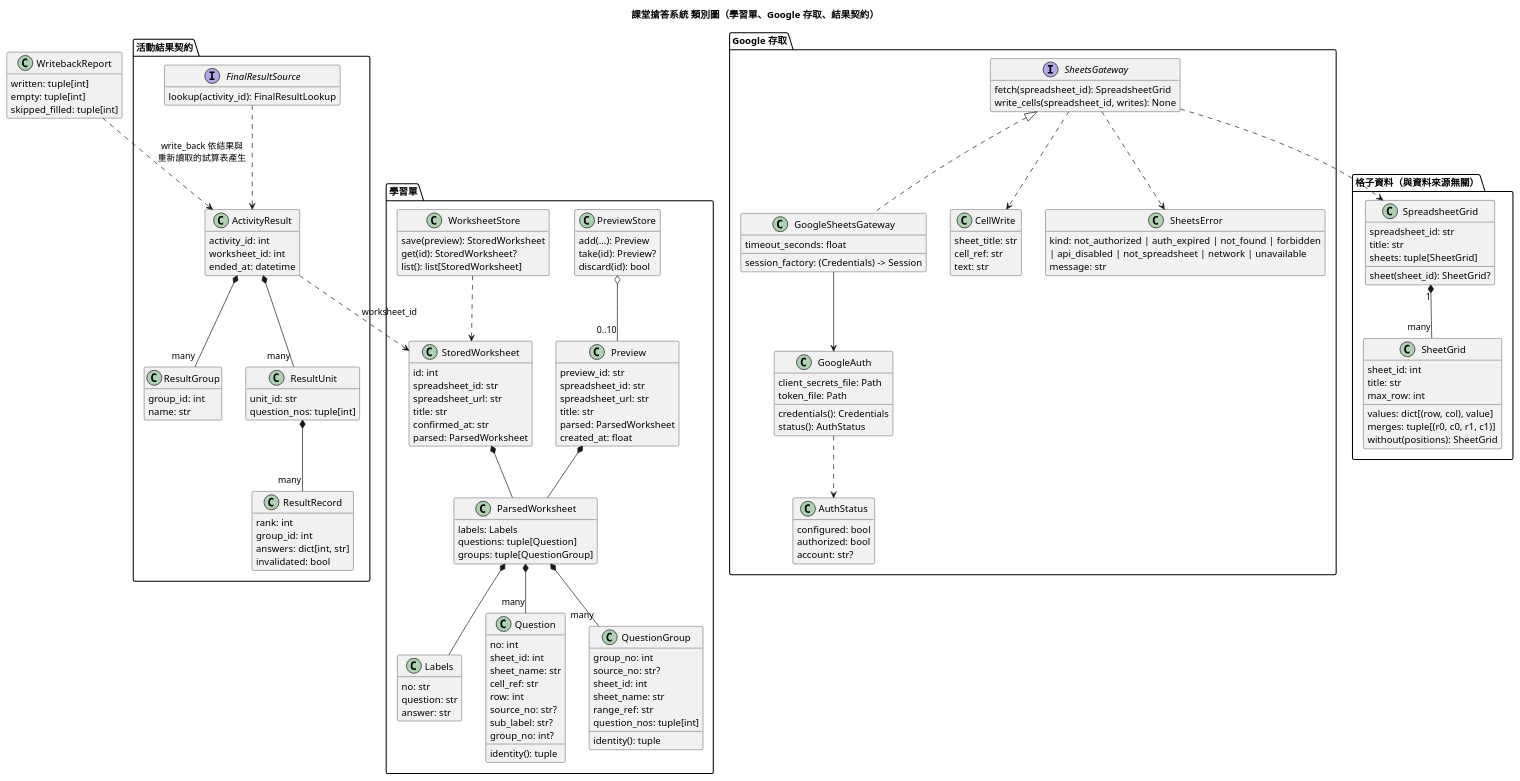
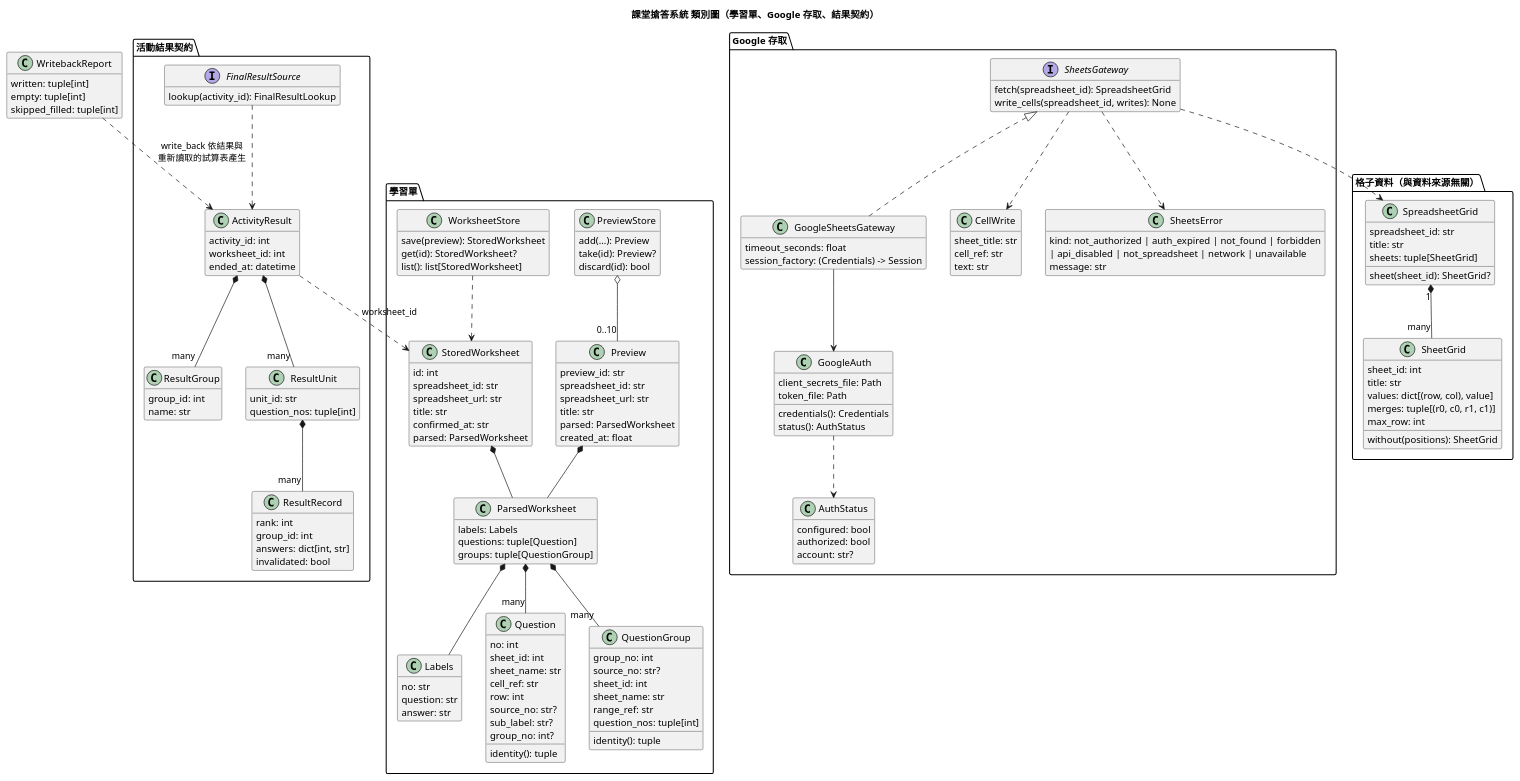
The diagram in diagrams/class.puml (RemuDaiSuKi/SE_project), drawn with PlantUML before and after one commit. The commit also changed 9 other files, not shown here.

First line of the commit message:
設計圖轉成 PNG，完成 adopt-google-sheets-source 全部任務

```diff
--- a/diagrams/class.puml
+++ b/diagrams/class.puml
@@ -1,165 +1,165 @@
 @startuml class
 title 課堂搶答系統 類別圖（學習單、Google 存取、結果契約）
 skinparam defaultFontName "Microsoft JhengHei"
 hide empty members
 
 package "格子資料（與資料來源無關）" {
   class SpreadsheetGrid {
     spreadsheet_id: str
     title: str
     sheets: tuple[SheetGrid]
     sheet(sheet_id): SheetGrid?
   }
   class SheetGrid {
     sheet_id: int
     title: str
-    values: dict[(row, col), value]
-    merges: tuple[(r0, c0, r1, c1)]
+    {field} values: dict[(row, col), value]
+    {field} merges: tuple[(r0, c0, r1, c1)]
     max_row: int
     without(positions): SheetGrid
   }
   SpreadsheetGrid "1" *-- "many" SheetGrid
 }
 
 package "學習單" {
   class Labels {
     no: str
     question: str
     answer: str
   }
   class Question {
     no: int
     sheet_id: int
     sheet_name: str
     cell_ref: str
     row: int
     source_no: str?
     sub_label: str?
     group_no: int?
     identity(): tuple
   }
   class QuestionGroup {
     group_no: int
     source_no: str?
     sheet_id: int
     sheet_name: str
     range_ref: str
     question_nos: tuple[int]
     identity(): tuple
   }
   class ParsedWorksheet {
     labels: Labels
     questions: tuple[Question]
     groups: tuple[QuestionGroup]
   }
   class StoredWorksheet {
     id: int
     spreadsheet_id: str
     spreadsheet_url: str
     title: str
     confirmed_at: str
     parsed: ParsedWorksheet
   }
   class Preview {
     preview_id: str
     spreadsheet_id: str
     spreadsheet_url: str
     title: str
     parsed: ParsedWorksheet
     created_at: float
   }
   class PreviewStore {
     add(...): Preview
     take(id): Preview?
     discard(id): bool
   }
   class WorksheetStore {
     save(preview): StoredWorksheet
     get(id): StoredWorksheet?
     list(): list[StoredWorksheet]
   }
   ParsedWorksheet *-- Labels
   ParsedWorksheet *-- "many" Question
   ParsedWorksheet *-- "many" QuestionGroup
   StoredWorksheet *-- ParsedWorksheet
   Preview *-- ParsedWorksheet
   PreviewStore o-- "0..10" Preview
   WorksheetStore ..> StoredWorksheet
 }
 
 package "Google 存取" {
   interface SheetsGateway {
     fetch(spreadsheet_id): SpreadsheetGrid
     write_cells(spreadsheet_id, writes): None
   }
   class GoogleSheetsGateway {
     timeout_seconds: float
-    session_factory: (Credentials) -> Session
+    {field} session_factory: (Credentials) -> Session
   }
   class GoogleAuth {
     client_secrets_file: Path
     token_file: Path
     credentials(): Credentials
     status(): AuthStatus
   }
   class AuthStatus {
     configured: bool
     authorized: bool
     account: str?
   }
   class CellWrite {
     sheet_title: str
     cell_ref: str
     text: str
   }
   class SheetsError {
     kind: not_authorized | auth_expired | not_found | forbidden
           | api_disabled | not_spreadsheet | network | unavailable
     message: str
   }
   SheetsGateway <|.. GoogleSheetsGateway
   GoogleSheetsGateway --> GoogleAuth
   GoogleAuth ..> AuthStatus
   SheetsGateway ..> SpreadsheetGrid
   SheetsGateway ..> CellWrite
   SheetsGateway ..> SheetsError
 }
 
 package "活動結果契約" {
   class ActivityResult {
     activity_id: int
     worksheet_id: int
     ended_at: datetime
   }
   class ResultGroup {
     group_id: int
     name: str
   }
   class ResultUnit {
     unit_id: str
     question_nos: tuple[int]
   }
   class ResultRecord {
     rank: int
     group_id: int
     answers: dict[int, str]
     invalidated: bool
   }
   interface FinalResultSource {
     lookup(activity_id): FinalResultLookup
   }
   ActivityResult *-- "many" ResultGroup
   ActivityResult *-- "many" ResultUnit
   ResultUnit *-- "many" ResultRecord
   FinalResultSource ..> ActivityResult
 }
 
 class WritebackReport {
   written: tuple[int]
   empty: tuple[int]
   skipped_filled: tuple[int]
 }
 
 ActivityResult ..> StoredWorksheet : worksheet_id
 WritebackReport ..> ActivityResult : write_back 依結果與\n重新讀取的試算表產生
 @enduml
```
